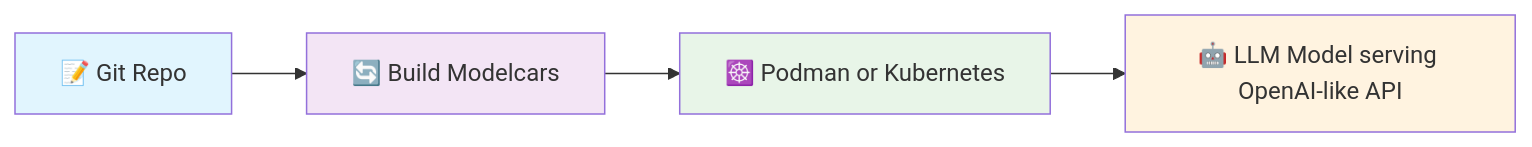
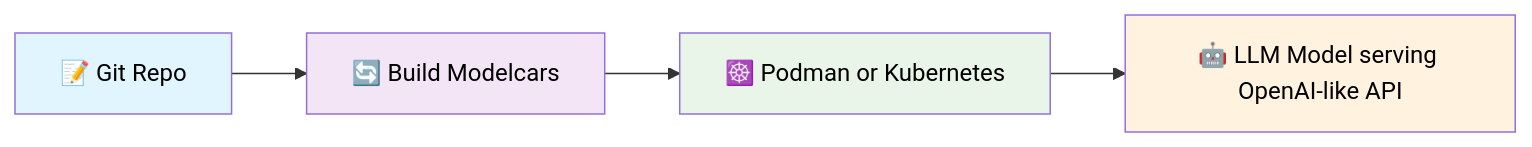
Before and after one commit to kush-gupt/ramalama-k8s: the first of 2 diagrams in README.md, drawn with Mermaid. The commit also changed other lines of this file and 4 other files, not shown here.

````diff
--- a/README.md
+++ b/README.md
@@ -22,11 +22,11 @@
 ```mermaid
 graph LR
     A[📝 Git Repo] --> B[🔄 Build Modelcars]
     B --> C[☸️ Podman or Kubernetes]
     C --> D[🤖 LLM Model serving OpenAI-like API]
     
-    style A fill:#e1f5fe
-    style B fill:#f3e5f5
-    style C fill:#e8f5e8
-    style D fill:#fff3e0
+    style A fill:#e1f5fe, color:#000
+    style B fill:#f3e5f5, color:#000
+    style C fill:#e8f5e8, color:#000
+    style D fill:#fff3e0, color:#000
 ```
````
